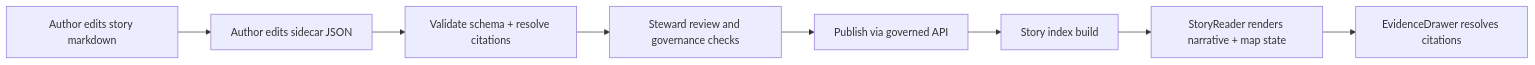
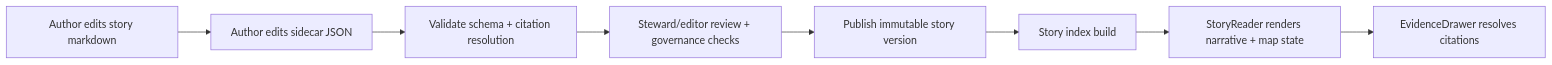
One commit to bartytime4life/Kansas-Frontier-Matrix changed the diagram in packages/stories/README.md. Above: the diagram before and after it, drawn with Mermaid. The commit also changed other lines of this file, not shown here.

````diff
--- a/packages/stories/README.md
+++ b/packages/stories/README.md
@@ -68,10 +100,10 @@
 ```mermaid
 flowchart LR
   A[Author edits story markdown] --> B[Author edits sidecar JSON]
-  B --> C[Validate schema + resolve citations]
-  C --> D[Steward review and governance checks]
-  D --> E[Publish via governed API]
+  B --> C[Validate schema + citation resolution]
+  C --> D[Steward/editor review + governance checks]
+  D --> E[Publish immutable story version]
   E --> F[Story index build]
   F --> G[StoryReader renders narrative + map state]
   G --> H[EvidenceDrawer resolves citations]
 ```
````
